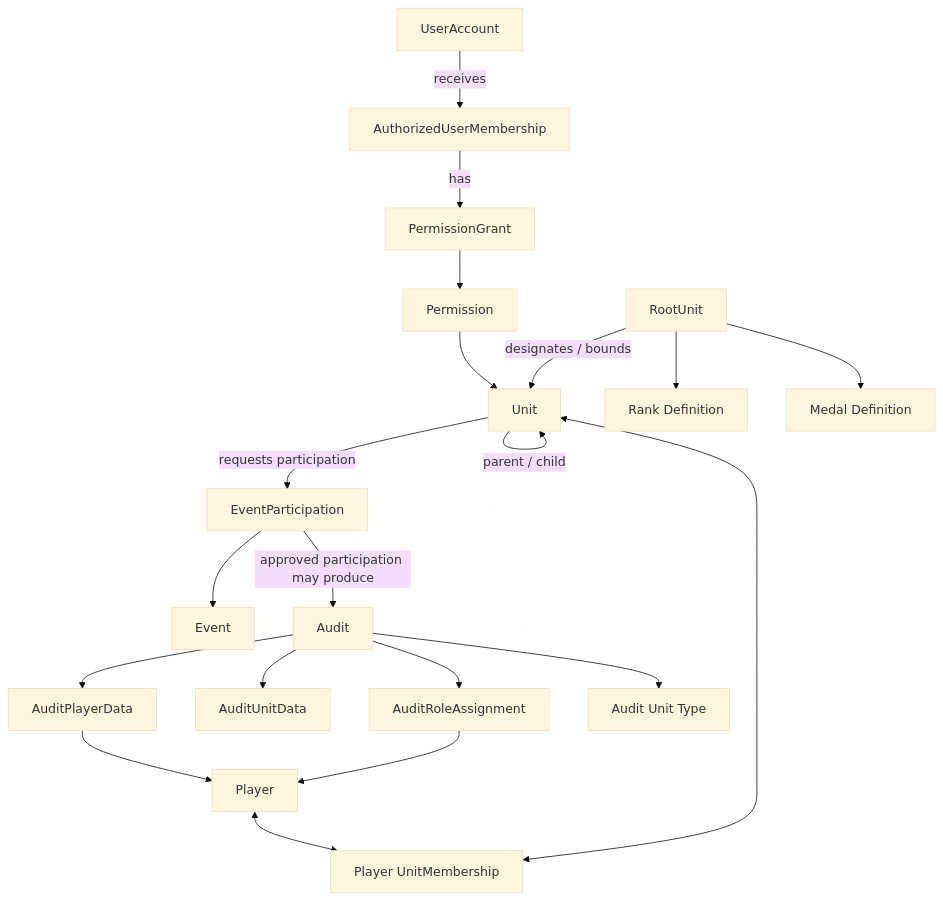
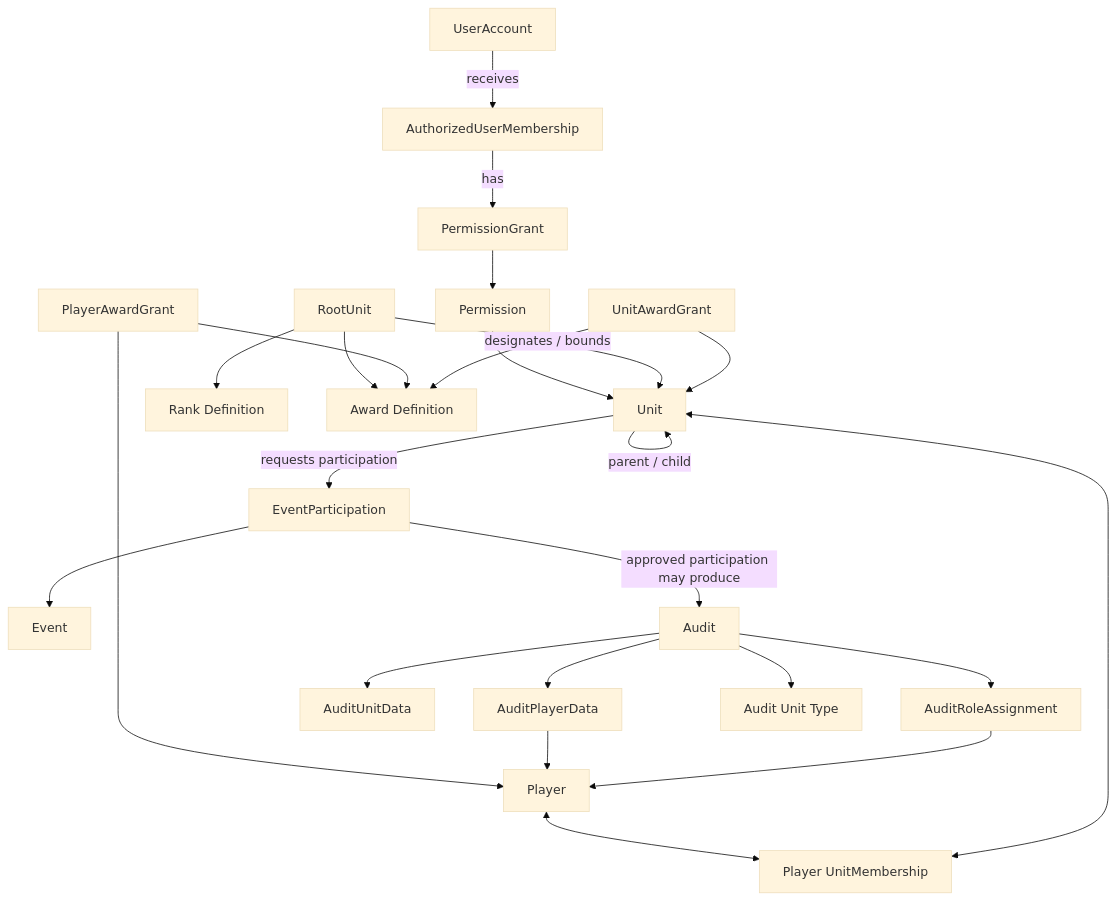
One commit to n-nu/morale.gg changed the third of 4 diagrams in docs/architecture.md. Above: the diagram before and after it, drawn with Mermaid (base theme). The commit also changed other lines of this file and 38 other files, not shown here.

Commit message:
Implement player and unit awards

````diff
--- a/docs/architecture.md
+++ b/docs/architecture.md
@@ -348,40 +353,46 @@
 ```mermaid
 flowchart TB
     user[UserAccount]
     permission[Permission]
     unit[Unit]
     root[RootUnit]
     authorized[AuthorizedUserMembership]
     grant[PermissionGrant]
     rank[Rank Definition]
-    medal[Medal Definition]
+    award[Award Definition]
+    playerAward[PlayerAwardGrant]
+    unitAward[UnitAwardGrant]
     player[Player]
     membership[Player UnitMembership]
     event[Event]
     participation[EventParticipation]
     audit[Audit]
     playerData[AuditPlayerData]
     unitData[AuditUnitData]
     roles[AuditRoleAssignment]
     unitType[Audit Unit Type]
 
     user -->|receives| authorized
     authorized -->|has| grant
     grant --> permission
     permission --> unit
     root -->|designates / bounds| unit
     root --> rank
-    root --> medal
+    root --> award
+    playerAward --> player
+    playerAward --> award
+    unitAward --> unit
+    unitAward --> award
     unit -->|parent / child| unit
     player <--> membership
     membership <--> unit
     unit -->|requests participation| participation
     participation --> event
     participation -->|approved participation may produce| audit
     audit --> playerData
     playerData --> player
     audit --> unitData
     audit --> roles
     roles --> player
     audit --> unitType
 ```
````
